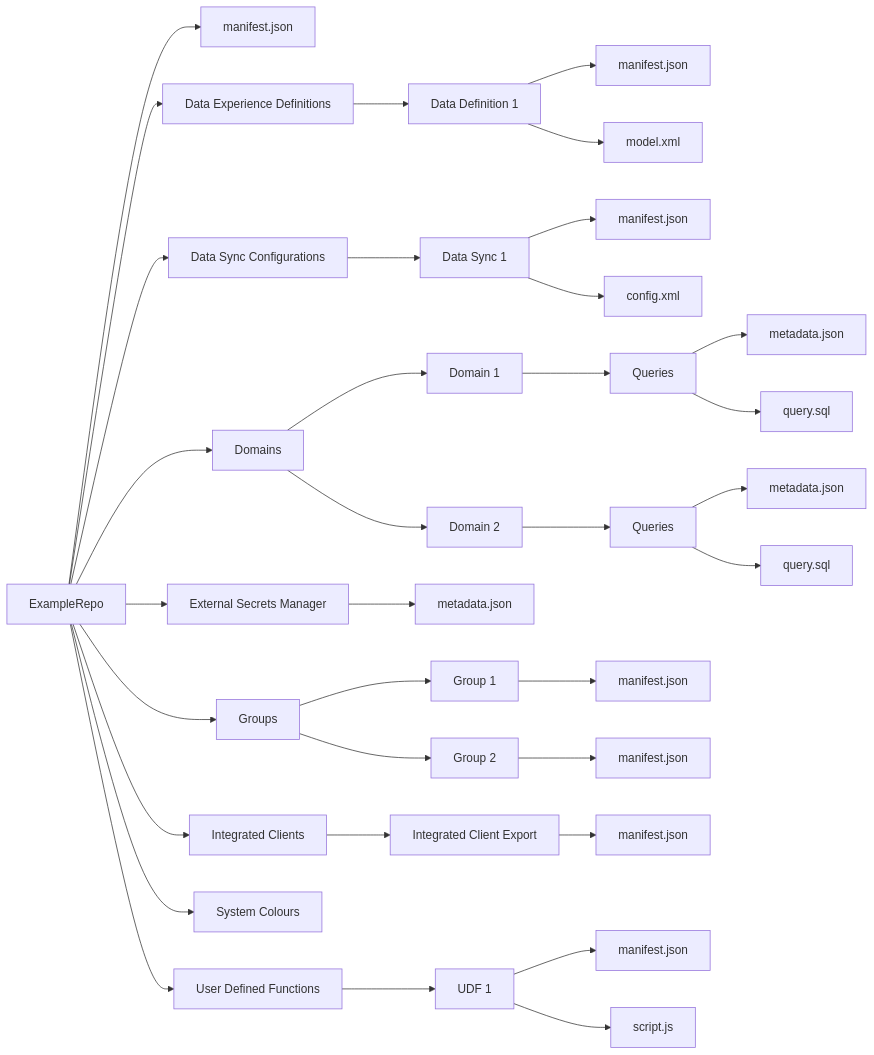
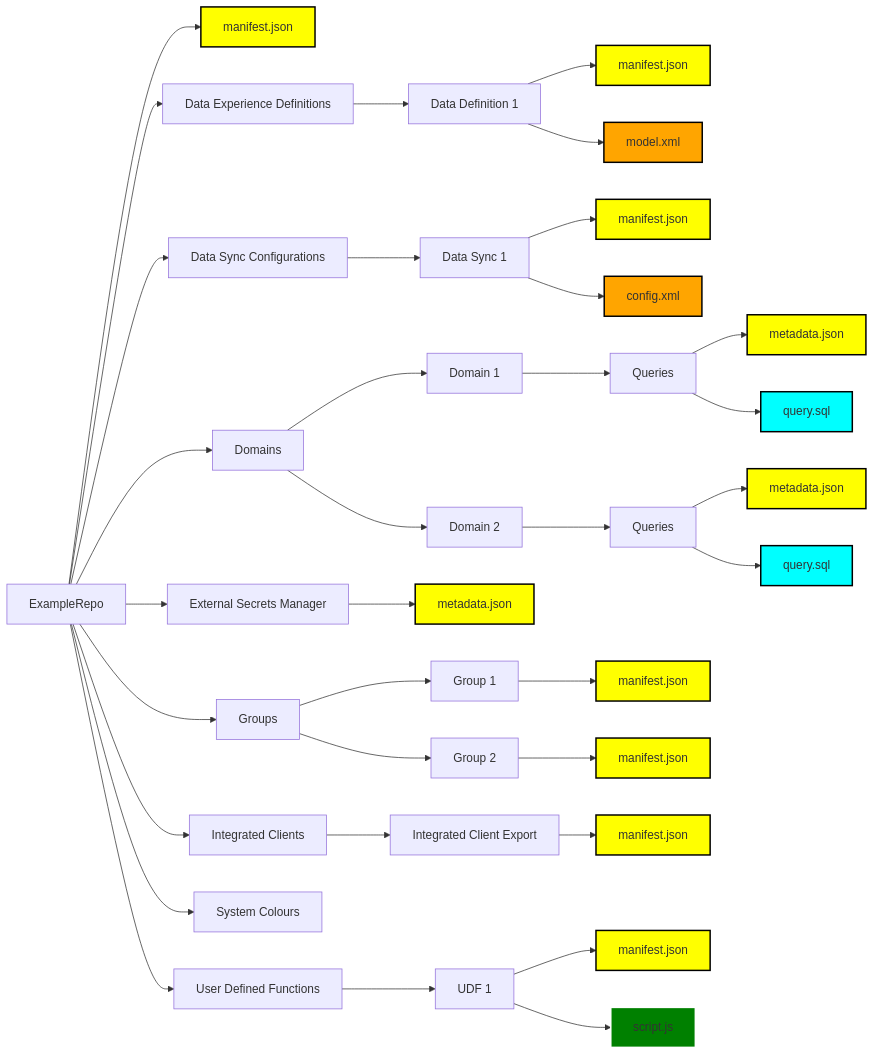
One commit to cinchy-co/Documentation changed the diagram in guides-for-using-cinchy/builder-guides/cinchydxd-utility/release-package.md. Above: the diagram before and after it, drawn with Mermaid. The commit also changed other lines of this file and 2 other files, not shown here.

Commit message:
Minor updates on docs

````diff
--- a/guides-for-using-cinchy/builder-guides/cinchydxd-utility/release-package.md
+++ b/guides-for-using-cinchy/builder-guides/cinchydxd-utility/release-package.md
@@ -53,45 +53,61 @@
 ```mermaid
 graph LR
   A[ExampleRepo] --> B[manifest.json]
-  
+  style B fill:#FFFF00,stroke:#000000,stroke-width:2px;
+
   A --> C[Data Experience Definitions]
   C --> D1[Data Definition 1]
   D1 --> E1[manifest.json]
+  style E1 fill:#FFFF00,stroke:#000000,stroke-width:2px;
   D1 --> E2[model.xml]
-  
+  style E2 fill:#FFA500,stroke:#000000,stroke-width:2px;
+
   A --> F[Data Sync Configurations]
   F --> G1[Data Sync 1]
   G1 --> H1[manifest.json]
+  style H1 fill:#FFFF00,stroke:#000000,stroke-width:2px;
   G1 --> H2[config.xml]
-  
+  style H2 fill:#FFA500,stroke:#000000,stroke-width:2px;
+
   A --> I[Domains]
   I --> J1[Domain 1]
   J1 --> K1[Queries]
   K1 --> L1[metadata.json]
+  style L1 fill:#FFFF00,stroke:#000000,stroke-width:2px;
   K1 --> L2[query.sql]
+  style L2 fill:#00FFFF,stroke:#000000,stroke-width:2px;
   I --> J2[Domain 2]
   J2 --> K2[Queries]
   K2 --> L3[metadata.json]
+  style L3 fill:#FFFF00,stroke:#000000,stroke-width:2px;
   K2 --> L4[query.sql]
-  
+  style L4 fill:#00FFFF,stroke:#000000,stroke-width:2px;
+
   A --> IA[External Secrets Manager]
   IA --> IB[metadata.json]
-  
+  style IB fill:#FFFF00,stroke:#000000,stroke-width:2px;
+
   A --> M[Groups]
   M --> N1[Group 1]
   N1 --> O1[manifest.json]
+  style O1 fill:#FFFF00,stroke:#000000,stroke-width:2px;
   M --> N2[Group 2]
   N2 --> O2[manifest.json]
-  
+  style O2 fill:#FFFF00,stroke:#000000,stroke-width:2px;
+
   A --> P[Integrated Clients]
   P --> Q1[Integrated Client Export]
   Q1 --> R1[manifest.json]
-  
+  style R1 fill:#FFFF00,stroke:#000000,stroke-width:2px;
+
   A --> S[System Colours]
-  
+
   A --> T[User Defined Functions]
   T --> U1[UDF 1]
   U1 --> V1[manifest.json]
+  style V1 fill:#FFFF00,stroke:#000000,stroke-width:2px;
   U1 --> V2[script.js]
+  style V2 fill:#008000,stroke:#FFFFFF,stroke-width:2px;
+
 
   ```
````
